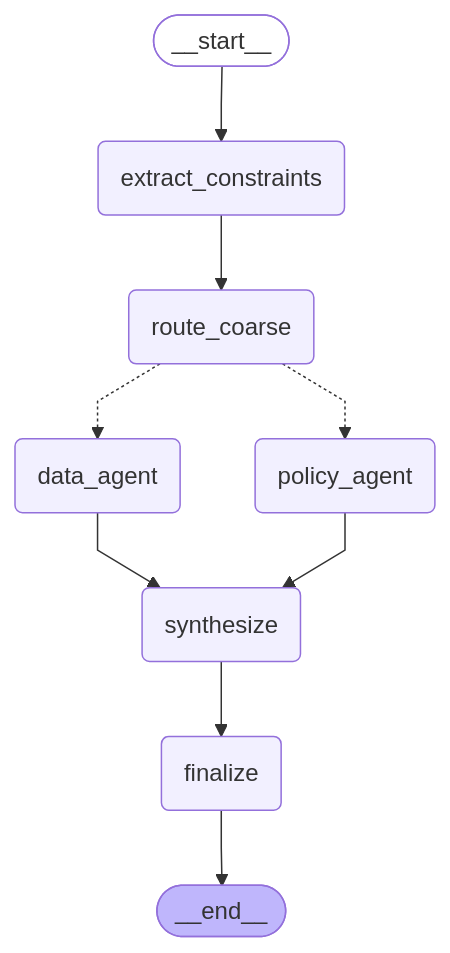
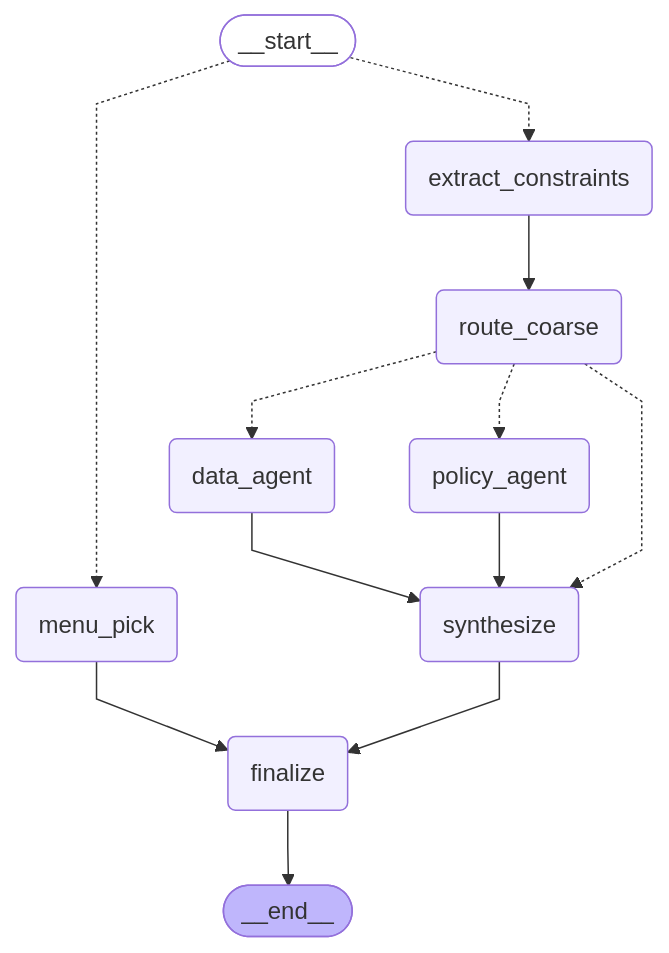
The second of 3 diagrams in docs/architecture_graphs.md (fcyap/HDB-Compass), drawn with Mermaid before and after one commit. The commit also changed other lines of this file and 12 other files, not shown here.

Commit message:
feat(member-1): Category D financial benchmark (15 questions, 90 total), financial scorer, README message-flow and repo tree

````diff
--- a/docs/architecture_graphs.md
+++ b/docs/architecture_graphs.md
@@ -61,27 +64,31 @@
 ```mermaid
 ---
 config:
   flowchart:
     curve: linear
 ---
 graph TD;
 	__start__([<p>__start__</p>]):::first
+	menu_pick(menu_pick)
 	extract_constraints(extract_constraints)
 	route_coarse(route_coarse)
 	data_agent(data_agent)
 	policy_agent(policy_agent)
 	synthesize(synthesize)
 	finalize(finalize)
 	__end__([<p>__end__</p>]):::last
-	__start__ --> extract_constraints;
+	__start__ -.-> extract_constraints;
+	__start__ -.-> menu_pick;
 	data_agent --> synthesize;
 	extract_constraints --> route_coarse;
+	menu_pick --> finalize;
 	policy_agent --> synthesize;
 	route_coarse -.-> data_agent;
 	route_coarse -.-> policy_agent;
+	route_coarse -.-> synthesize;
 	synthesize --> finalize;
 	finalize --> __end__;
 	classDef default fill:#f2f0ff,line-height:1.2
 	classDef first fill-opacity:0
 	classDef last fill:#bfb6fc
 ```
````
